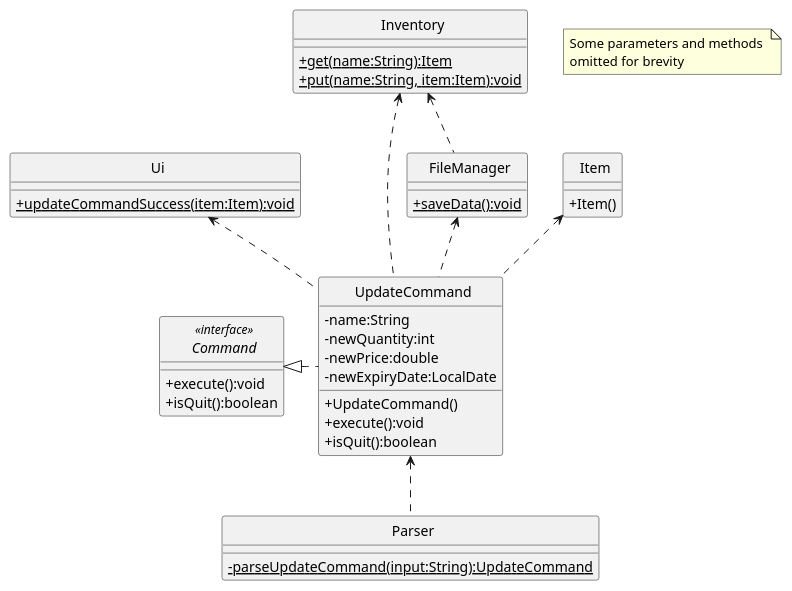
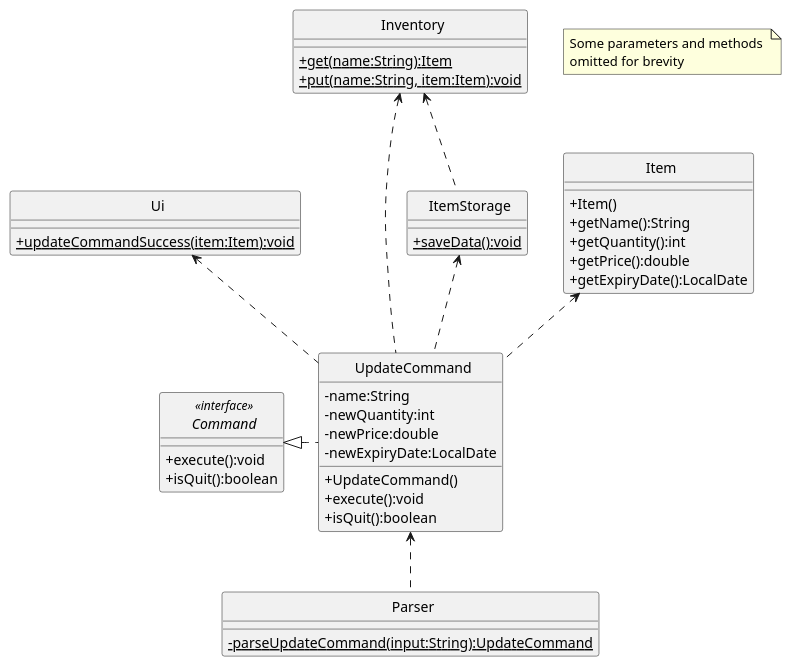
The first of 2 diagrams in docs/uml-diagrams/UpdateCommand.puml (rismm/tp), drawn with PlantUML before and after one commit. The commit also changed other lines of this file and 19 other files, not shown here.

```diff
--- a/docs/uml-diagrams/UpdateCommand.puml
+++ b/docs/uml-diagrams/UpdateCommand.puml
@@ -1,61 +1,65 @@
 @startuml
 'https://plantuml.com/class-diagram
 skinparam classAttributeIconSize 0
 skinparam CircledCharacterFontSize 0
 skinparam CircledCharacterRadius 0
 
 interface Command
 class Ui
 class Inventory
 class Item
 class UpdateCommand
 class Parser
-class FileManager
+class ItemStorage
 
 UpdateCommand <.. Parser
 Command <|. UpdateCommand
 Ui <.. UpdateCommand
 Inventory <.. UpdateCommand
 Item <.. UpdateCommand
-FileManager <.. UpdateCommand
-Inventory <.. FileManager
+ItemStorage <.. UpdateCommand
+Inventory <.. ItemStorage
 
 interface Command <<interface>> {
     +execute():void
     +isQuit():boolean
 }
 
 class UpdateCommand {
     -name:String
     -newQuantity:int
     -newPrice:double
     -newExpiryDate:LocalDate
     +UpdateCommand()
     +execute():void
     +isQuit():boolean
 }
 
 class Item {
     +Item()
+    +getName():String
+    +getQuantity():int
+    +getPrice():double
+    +getExpiryDate():LocalDate
 }
 
 class Ui {
     {static}+updateCommandSuccess(item:Item):void
 }
 
 class Parser {
     {static}-parseUpdateCommand(input:String):UpdateCommand
 }
 
 class Inventory {
     {static}+get(name:String):Item
     {static}+put(name:String, item:Item):void
 }
 
-class FileManager {
+class ItemStorage {
     {static}+saveData():void
 }
 
 note "Some parameters and methods \nomitted for brevity" as n1
 
 @enduml
```
